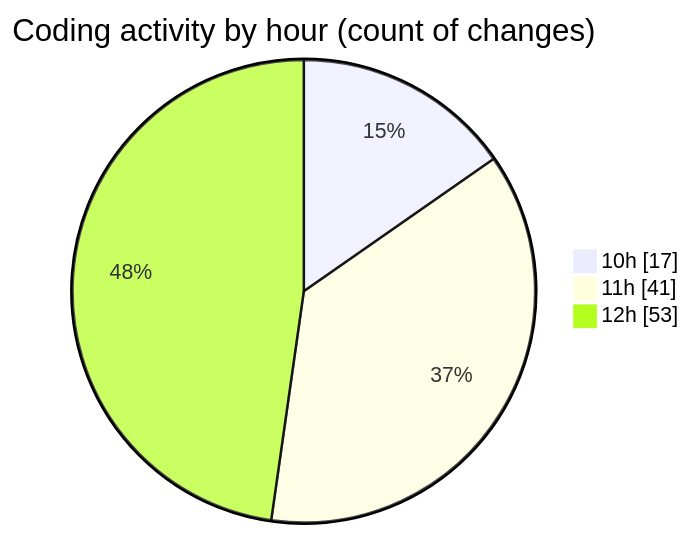
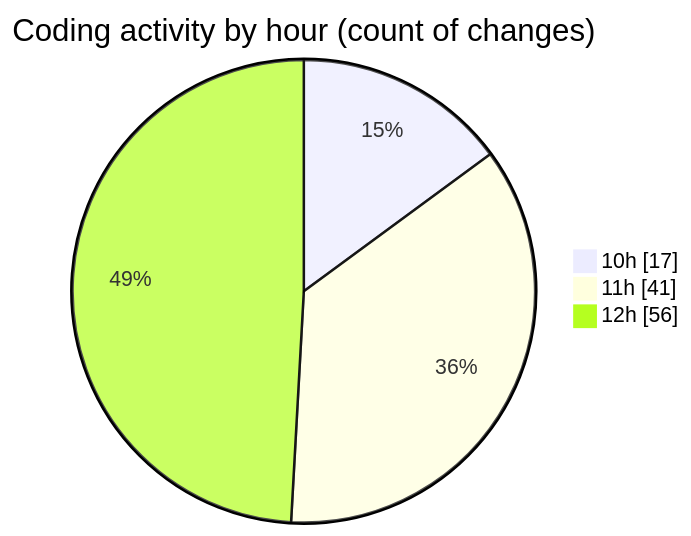
One commit to momahboobian/code-tracking changed the second of 2 diagrams in 2025-10-06/cda/README.md. Above: the diagram before and after it, drawn with Mermaid. The commit also changed other lines of this file and 1 other file, not shown here.

````diff
--- a/2025-10-06/cda/README.md
+++ b/2025-10-06/cda/README.md
@@ -33,7 +33,7 @@
 ```mermaid
 pie showData
 title Coding activity by hour (count of changes)
 "10h" : 17
 "11h" : 41
-"12h" : 53
+"12h" : 56
 ```
````
